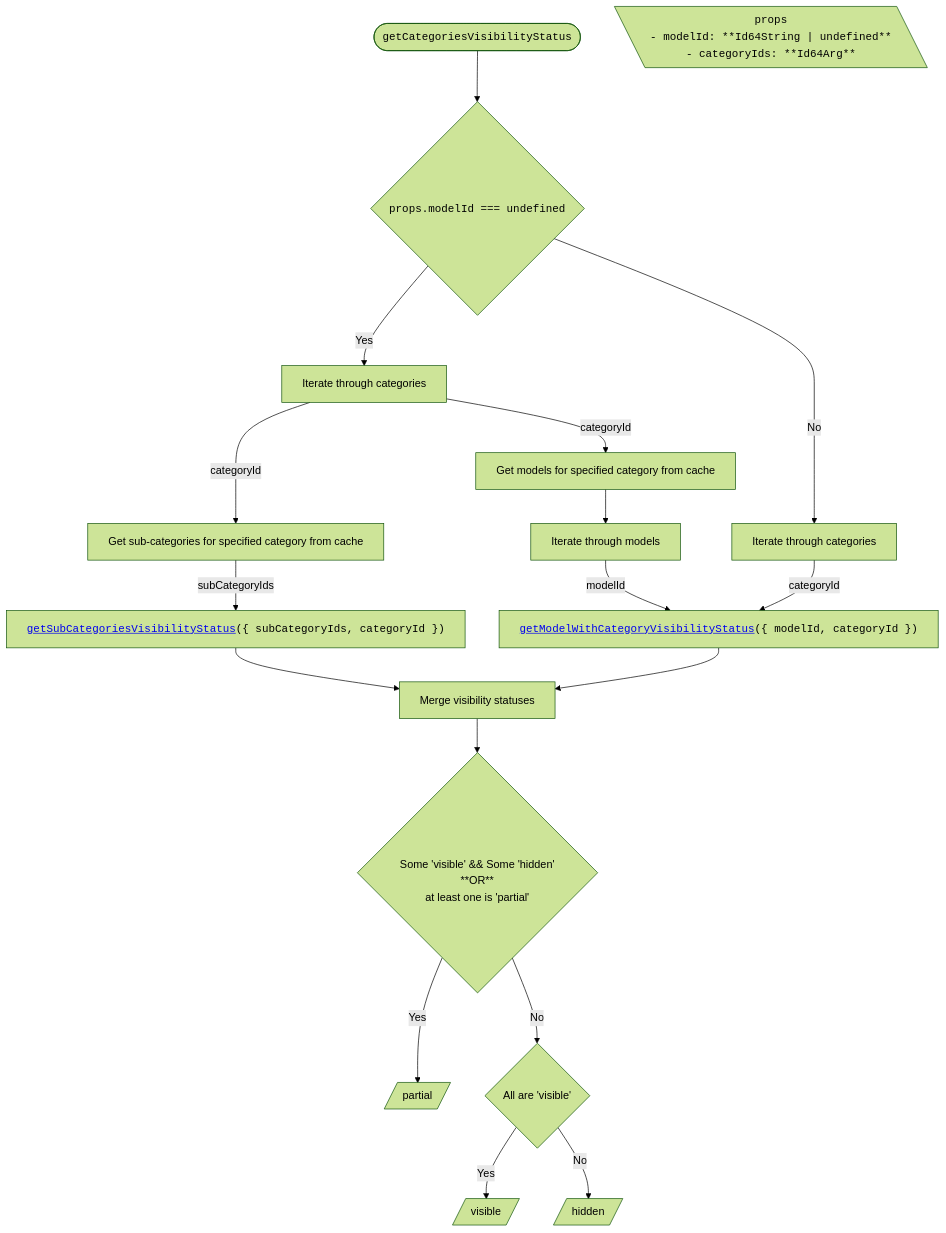
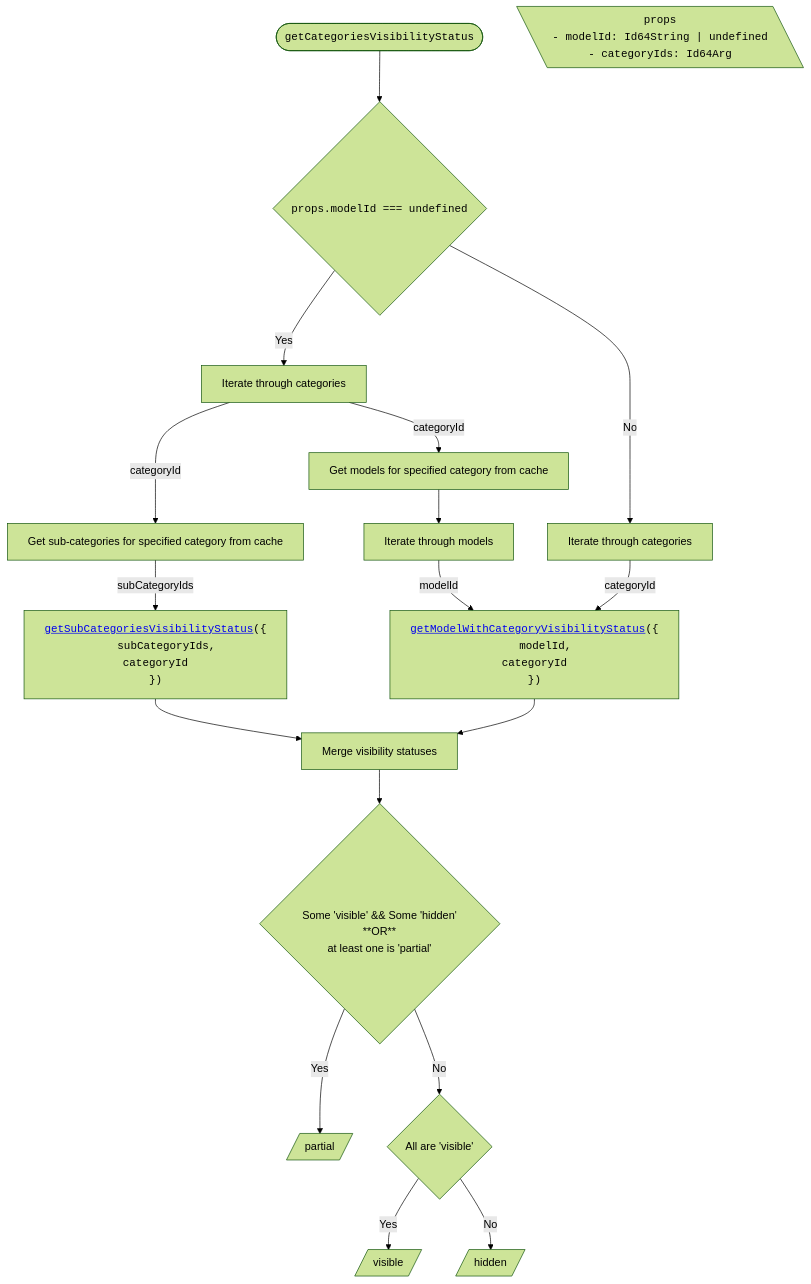
Before and after one commit to iTwin/viewer-components-react: the third of 14 diagrams in packages/itwin/tree-widget/docs/SharedVisibilityHandling.md, drawn with Mermaid (forest theme). The commit also changed other lines of this file and 4 other files, not shown here.

````diff
--- a/packages/itwin/tree-widget/docs/SharedVisibilityHandling.md
+++ b/packages/itwin/tree-widget/docs/SharedVisibilityHandling.md
@@ -147,49 +150,55 @@
 ```mermaid
 ---
 config:
   flowchart:
     wrappingWidth: 750
     useMaxWidth: false
 ---
 
 flowchart TD
   RESULT_Partial[/partial/]
   RESULT_Visible[/visible/]
   RESULT_Hidden[/hidden/]
 
   %% Start
   TITLE(["<code>getCategoriesVisibilityStatus</code>"]) --> A{<code>props.modelId === undefined</code>}
 
   PROPS[\"
     <code>props</code>
-    <code style='text-align: left;'>- modelId: **Id64String | undefined** <br/> - categoryIds: **Id64Arg**</code>
+    <code style='text-align: left;'>- modelId: Id64String | undefined <br/> - categoryIds: Id64Arg</code>
   "\]
 
   %% Branch Yes
   A -- Yes --> B[Iterate through categories]
   B -- categoryId --> C1[Get sub-categories for specified category from cache]
   B -- categoryId --> C2[Get models for specified category from cache]
 
-  C1 -- subCategoryIds --> D1["<code><a href='#getsubcategoriesvisibilitystatus'>getSubCategoriesVisibilityStatus</a>({ subCategoryIds, categoryId })</code>"]
+  C1 -- subCategoryIds --> D1["<code style='text-align: left;'><a href='#getsubcategoriesvisibilitystatus'>getSubCategoriesVisibilityStatus</a>({
+    <code style='padding-left: 2rem'>subCategoryIds,
+    categoryId</code>
+  })</code>"]
 
   C2 --> D2[Iterate through models]
-  D2 -- modelId --> F["<code><a href='#getmodelwithcategoryvisibilitystatus'>getModelWithCategoryVisibilityStatus</a>({ modelId, categoryId })</code>"]
+  D2 -- modelId --> F["<code style='text-align: left;'><a href='#getmodelwithcategoryvisibilitystatus'>getModelWithCategoryVisibilityStatus</a>({
+    <code style='padding-left: 2rem'>modelId,
+    categoryId</code>
+  })</code>"]
 
   %% Branch No
   A -- No --> B2[Iterate through categories]
   B2 -- categoryId --> F
 
   %% Merge
   D1 --> M[Merge visibility statuses]
   F --> M
 
   M --> N{<br/> Some 'visible' && Some 'hidden' <br/> **OR** <br/> at least one is 'partial'}
 
   %% Results
   N -- Yes --> RESULT_Partial
 
   N -- No --> O{All are 'visible'}
 
   O -- Yes --> RESULT_Visible
   O -- No --> RESULT_Hidden
 ```
````
